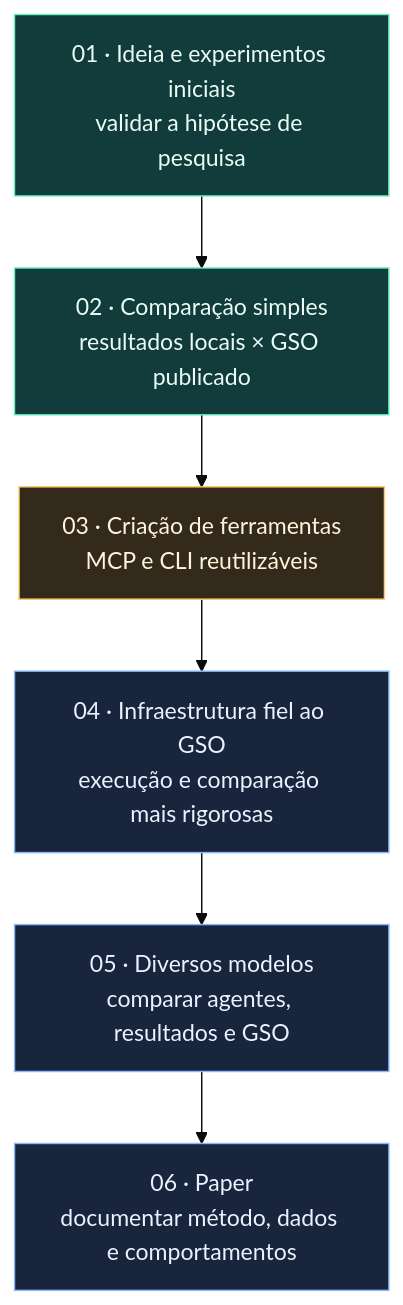
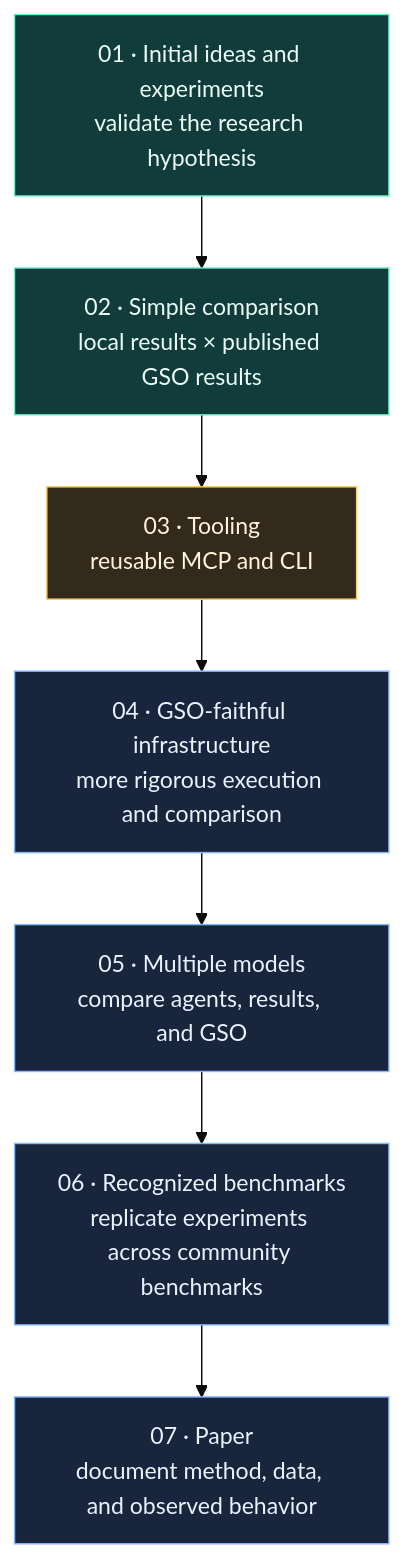
One commit to andrelramos/hypevolve changed the diagram in README.md. Above: the diagram before and after it, drawn with Mermaid (base theme). The commit also changed other lines of this file and 4 other files, not shown here.

Commit message:
feat: translate and expand research roadmap

````diff
--- a/README.md
+++ b/README.md
@@ -11,18 +11,19 @@
 ```mermaid
 flowchart TD
-    F1["01 · Ideia e experimentos iniciais<br/>validar a hipótese de pesquisa"]
-    F2["02 · Comparação simples<br/>resultados locais × GSO publicado"]
-    F3["03 · Criação de ferramentas<br/>MCP e CLI reutilizáveis"]
-    F4["04 · Infraestrutura fiel ao GSO<br/>execução e comparação mais rigorosas"]
-    F5["05 · Diversos modelos<br/>comparar agentes, resultados e GSO"]
-    F6["06 · Paper<br/>documentar método, dados e comportamentos"]
+    F1["01 · Initial ideas and experiments<br/>validate the research hypothesis"]
+    F2["02 · Simple comparison<br/>local results × published GSO results"]
+    F3["03 · Tooling<br/>reusable MCP and CLI"]
+    F4["04 · GSO-faithful infrastructure<br/>more rigorous execution and comparison"]
+    F5["05 · Multiple models<br/>compare agents, results, and GSO"]
+    F6["06 · Recognized benchmarks<br/>replicate experiments across community benchmarks"]
+    F7["07 · Paper<br/>document method, data, and observed behavior"]
 
-    F1 --> F2 --> F3 --> F4 --> F5 --> F6
+    F1 --> F2 --> F3 --> F4 --> F5 --> F6 --> F7
 
     classDef done fill:#123c3b,stroke:#6cf0c2,color:#eafcf5
     classDef next fill:#332a1b,stroke:#ffca6b,color:#fff4dc
     classDef future fill:#18253d,stroke:#8ab8ff,color:#eaf2ff
     class F1,F2 done
     class F3 next
-    class F4,F5,F6 future
+    class F4,F5,F6,F7 future
 ```
````
